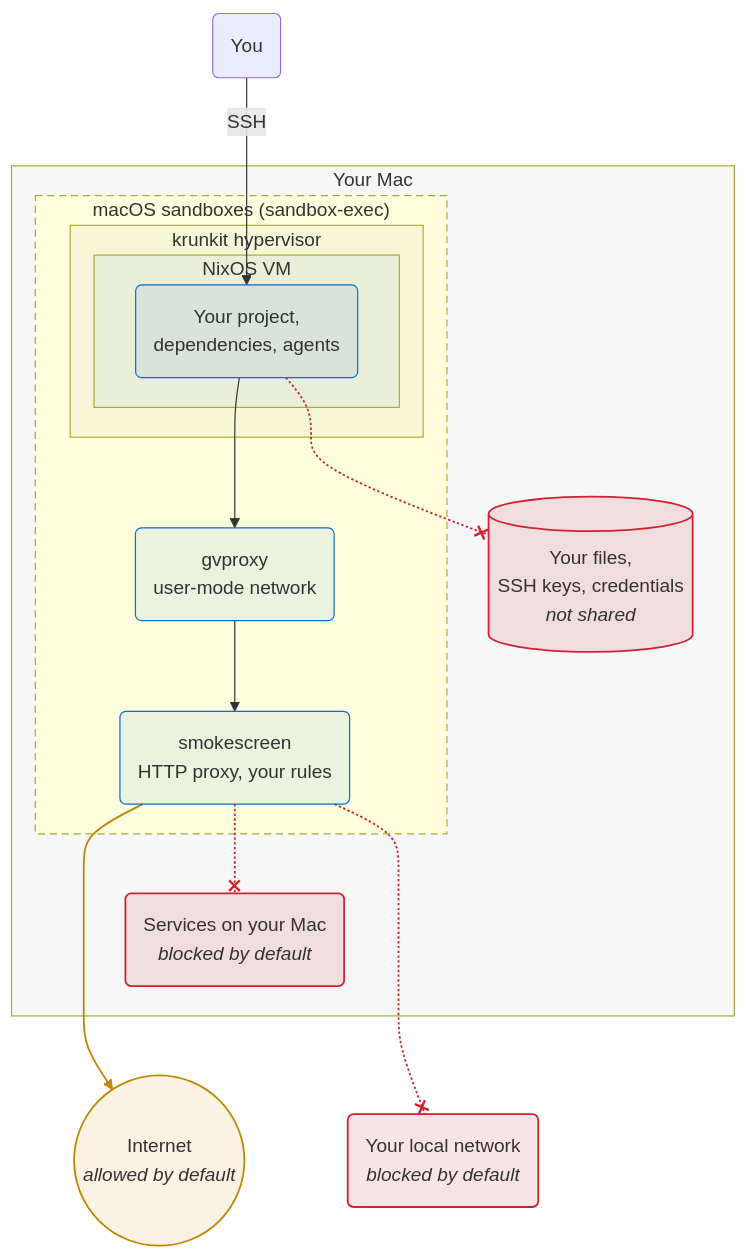
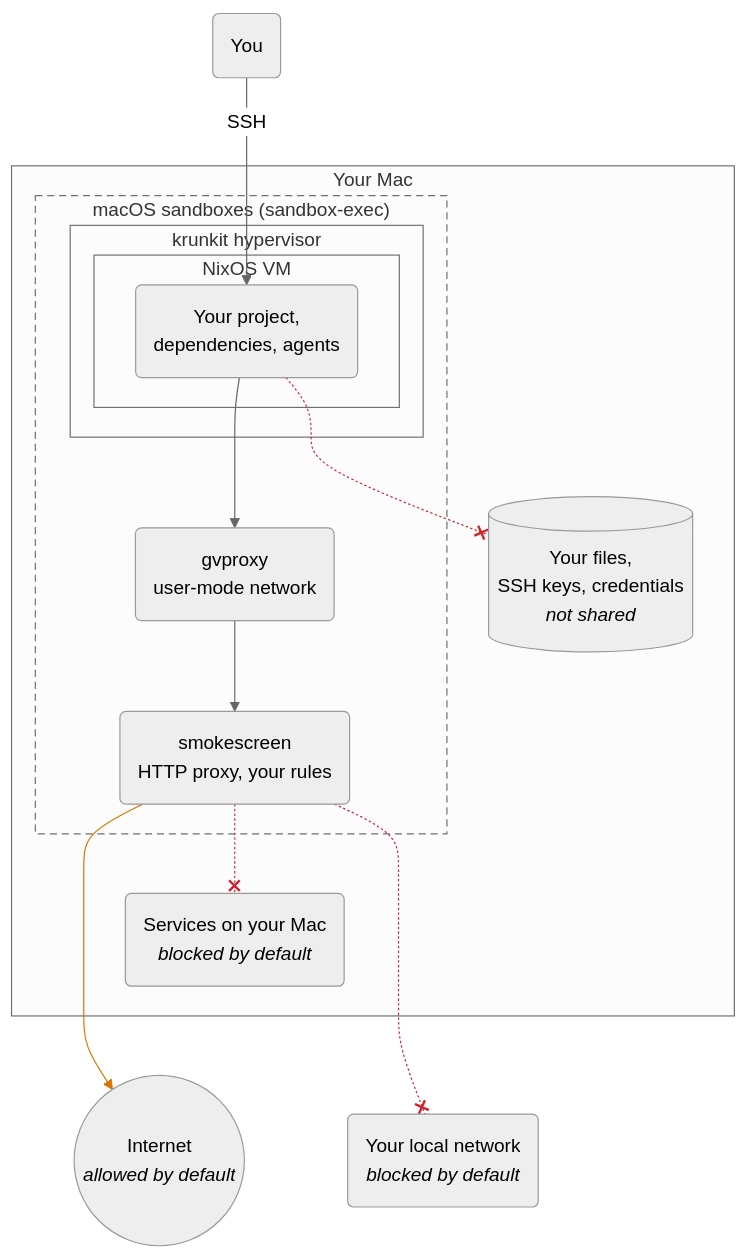
One commit to jengdal/devenv-sandbox-vm changed the diagram in README.md. Above: the diagram before and after it, drawn with Mermaid.

Commit message:
Readme: Use the neutral theme for the mermaid diagram

````diff
--- a/README.md
+++ b/README.md
@@ -23,46 +23,38 @@
 ```mermaid
 ---
 config:
+  theme: neutral
   flowchart:
     curve: basis
 ---
 flowchart TB
   you("You")
   subgraph mac["Your Mac"]
     subgraph sandboxes["macOS sandboxes (sandbox-exec)"]
       subgraph krunkit["krunkit hypervisor"]
         subgraph vm["NixOS VM"]
           agent("Your project,<br/>dependencies, agents")
         end
       end
       gvproxy("gvproxy<br/>user-mode network")
       proxy("smokescreen<br/>HTTP proxy, your rules")
     end
     files[("Your files,<br/>SSH keys, credentials<br/><i>not shared</i>")]
     hostsvc("Services on your Mac<br/><i>blocked by default</i>")
   end
   internet(("Internet<br/><i>allowed by default</i>"))
   lan("Your local network<br/><i>blocked by default</i>")
 
   you -- "SSH" --> agent
   agent --> gvproxy --> proxy
   proxy -.-x hostsvc
   proxy -.-x lan
   agent -.-x files
   proxy --> internet
-  linkStyle 3,4,5 stroke:#cf222e,stroke-width:1.5px
-  linkStyle 6 stroke:#bf8700,stroke-width:1.5px
+  linkStyle 3,4,5 stroke:#cf222e
+  linkStyle 6 stroke:#d97706
   hostsvc ~~~ internet
   hostsvc ~~~ lan
 
-  classDef caution fill:#d299221f,stroke:#bf8700,stroke-width:1.5px
-  classDef blocked fill:#cf222e1f,stroke:#cf222e,stroke-width:1.5px
-  classDef part fill:#0969da14,stroke:#0969da
-  class internet caution
-  class hostsvc,lan,files blocked
-  class agent,gvproxy,proxy part
-  style mac fill:#8881
   style sandboxes stroke-dasharray:6 4
-  style krunkit fill:#8881
-  style vm fill:#0969da0d
 ```
````
